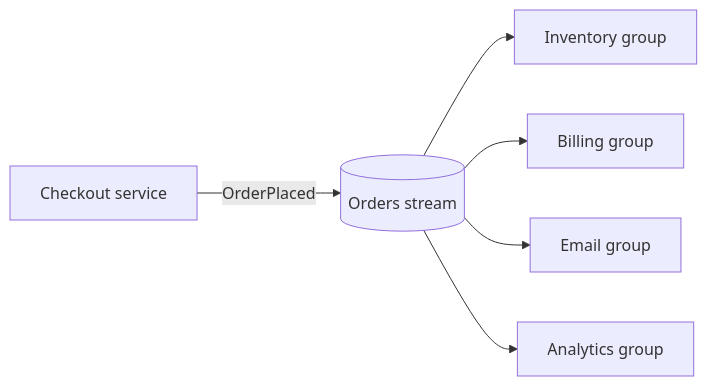
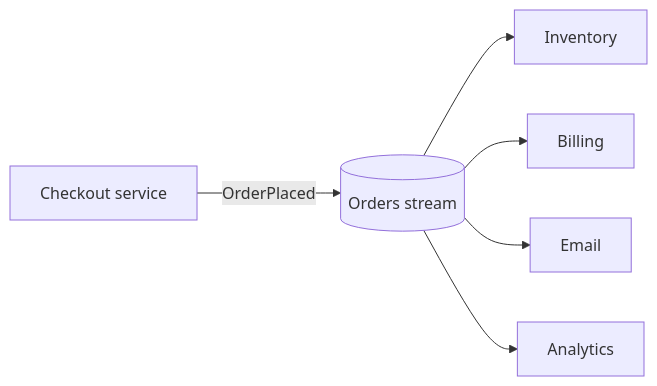
The first of 2 diagrams in streaming/streaming-fundamentals.md (alanqi03/sys-design), drawn with Mermaid before and after one commit. The commit also changed other lines of this file and 6 other files, not shown here.

````diff
--- a/streaming/streaming-fundamentals.md
+++ b/streaming/streaming-fundamentals.md
@@ -33,8 +23,8 @@
 ```{mermaid}
 flowchart LR
   checkout[Checkout service] -->|OrderPlaced| orders[(Orders stream)]
-  orders --> inventory[Inventory group]
-  orders --> billing[Billing group]
-  orders --> email[Email group]
-  orders --> analytics[Analytics group]
+  orders --> inventory[Inventory]
+  orders --> billing[Billing]
+  orders --> email[Email]
+  orders --> analytics[Analytics]
 ```
````
